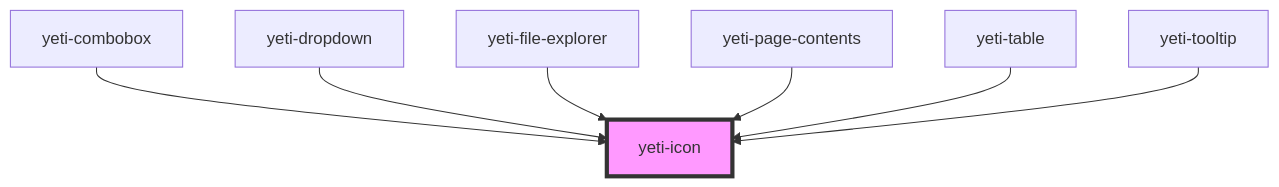
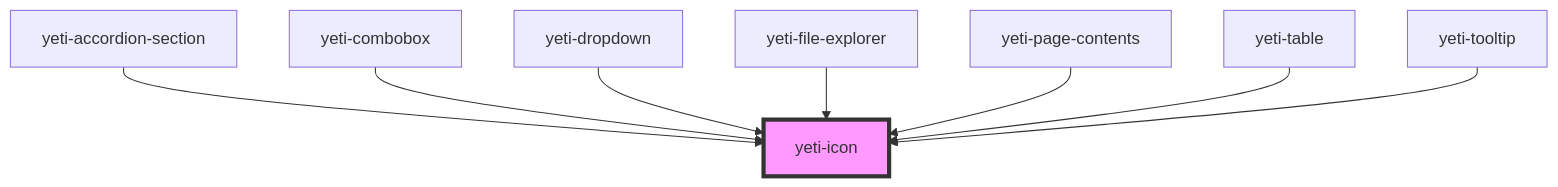
The diagram in src/components/yeti-icon/readme.md (msoltvedt/yeti), drawn with Mermaid before and after one commit. The commit also changed other lines of this file and 99 other files, not shown here.

````diff
--- a/src/components/yeti-icon/readme.md
+++ b/src/components/yeti-icon/readme.md
@@ -32,10 +33,11 @@
 ```mermaid
 graph TD;
+  yeti-accordion-section --> yeti-icon
   yeti-combobox --> yeti-icon
   yeti-dropdown --> yeti-icon
   yeti-file-explorer --> yeti-icon
   yeti-page-contents --> yeti-icon
   yeti-table --> yeti-icon
   yeti-tooltip --> yeti-icon
   style yeti-icon fill:#f9f,stroke:#333,stroke-width:4px
 ```
````
